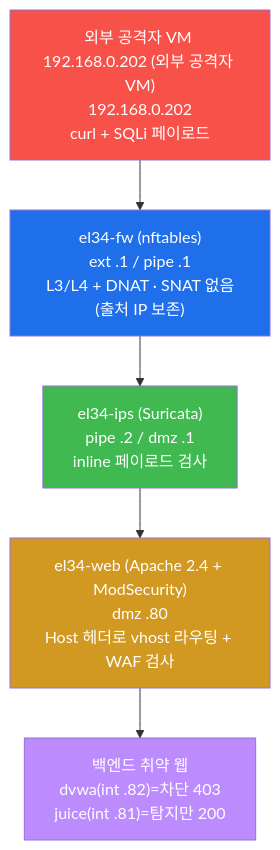
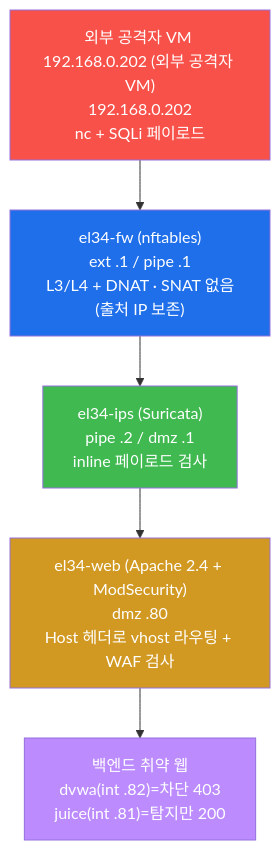
The third of 7 diagrams in contents/training/web-vuln/lecture_week05.md (mrgrit/tw2), drawn with Mermaid before and after one commit. The commit also changed other lines of this file and 99 other files, not shown here.

````diff
--- a/contents/training/web-vuln/lecture_week05.md
+++ b/contents/training/web-vuln/lecture_week05.md
@@ -217,14 +217,14 @@
 ```mermaid
 graph TD
-    ATK["외부 공격자 VM 192.168.0.202 (외부 공격자 VM)<br/>192.168.0.202<br/>curl + SQLi 페이로드"]
+    ATK["외부 공격자 VM 192.168.0.202 (외부 공격자 VM)<br/>192.168.0.202<br/>nc + SQLi 페이로드"]
     FW["el34-fw (nftables)<br/>ext .1 / pipe .1<br/>L3/L4 + DNAT · SNAT 없음(출처 IP 보존)"]
     IPS["el34-ips (Suricata)<br/>pipe .2 / dmz .1<br/>inline 페이로드 검사"]
     WEB["el34-web (Apache 2.4 + ModSecurity)<br/>dmz .80<br/>Host 헤더로 vhost 라우팅 + WAF 검사"]
     APP["백엔드 취약 웹<br/>dvwa(int .82)=차단 403<br/>juice(int .81)=탐지만 200"]
     ATK --> FW --> IPS --> WEB --> APP
     style ATK fill:#f85149,color:#fff
     style FW fill:#1f6feb,color:#fff
     style IPS fill:#3fb950,color:#fff
     style WEB fill:#d29922,color:#fff
     style APP fill:#bc8cff,color:#fff
 ```
````
